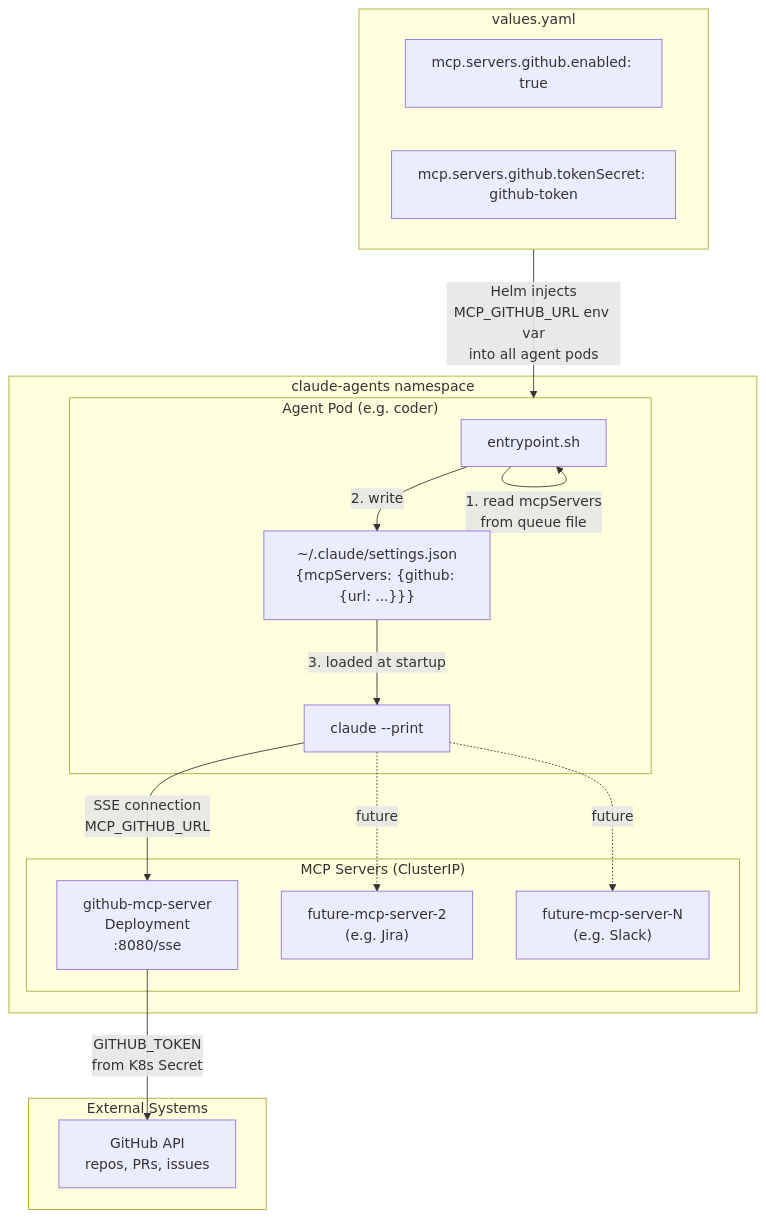
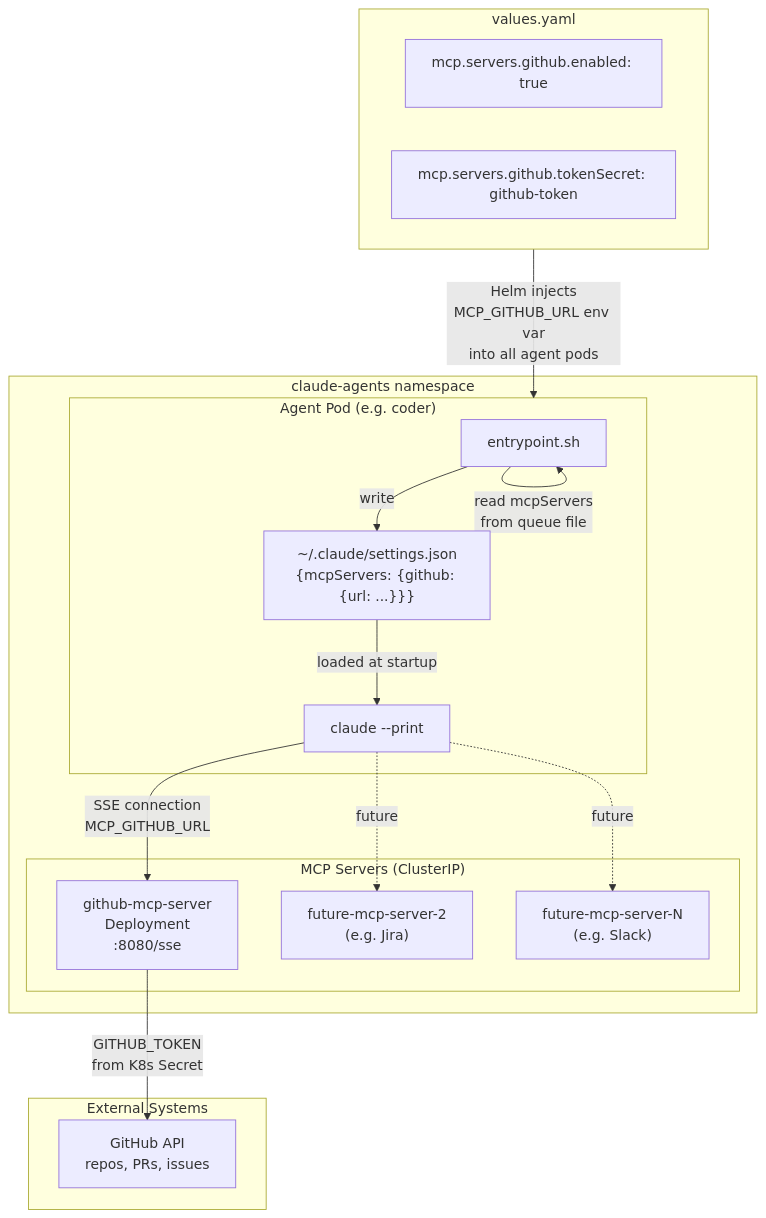
Before and after one commit to pdawson1983/KubernetesHyperVLab: the first of 2 diagrams in K8s HyperV Lab Documents/diagrams/mcp-server-pattern.md, drawn with Mermaid.

Commit message:
diagrams: remove numbered list labels causing Mermaid parse error

````diff
--- a/K8s HyperV Lab Documents/diagrams/mcp-server-pattern.md
+++ b/K8s HyperV Lab Documents/diagrams/mcp-server-pattern.md
@@ -7,36 +7,36 @@
 ```mermaid
 graph TB
     subgraph Cluster["claude-agents namespace"]
         subgraph AgentPod["Agent Pod (e.g. coder)"]
             EP["entrypoint.sh"]
             Settings["~/.claude/settings.json<br>{mcpServers: {github: {url: ...}}}"]
             Claude["claude --print"]
-            EP -->|"1. read mcpServers<br>   from queue file"| EP
-            EP -->|"2. write"| Settings
-            Settings -->|"3. loaded at startup"| Claude
+            EP -->|"read mcpServers<br>from queue file"| EP
+            EP -->|"write"| Settings
+            Settings -->|"loaded at startup"| Claude
         end
 
         subgraph MCP["MCP Servers (ClusterIP)"]
             GH["github-mcp-server<br>Deployment<br>:8080/sse"]
             Future1["future-mcp-server-2<br>(e.g. Jira)"]
             Future2["future-mcp-server-N<br>(e.g. Slack)"]
         end
 
         Claude -->|"SSE connection<br>MCP_GITHUB_URL"| GH
         Claude -.->|"future"| Future1
         Claude -.->|"future"| Future2
     end
 
     subgraph External["External Systems"]
         GitHub["GitHub API<br>repos, PRs, issues"]
     end
 
     GH -->|"GITHUB_TOKEN<br>from K8s Secret"| GitHub
 
     subgraph HelmValues["values.yaml"]
         V1["mcp.servers.github.enabled: true"]
         V2["mcp.servers.github.tokenSecret: github-token"]
     end
 
     HelmValues -->|"Helm injects<br>MCP_GITHUB_URL env var<br>into all agent pods"| AgentPod
 ```
````
